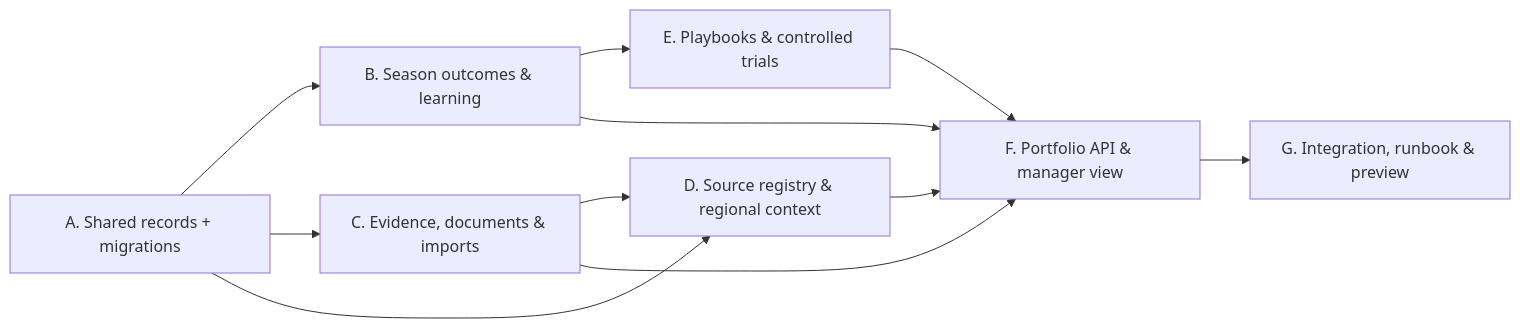
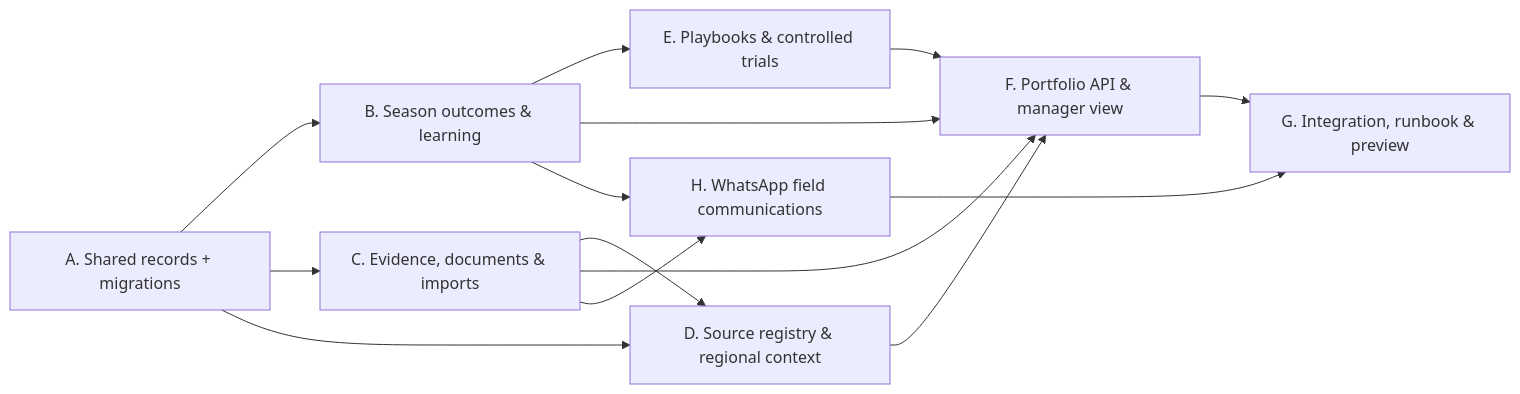
The diagram in FFL-V1-BUILD-ALL.md (abhalothia/field-monitor), drawn with Mermaid before and after one commit. The commit also changed other lines of this file and 56 other files, not shown here.

````diff
--- a/FFL-V1-BUILD-ALL.md
+++ b/FFL-V1-BUILD-ALL.md
@@ -22,13 +22,16 @@
 ```mermaid
 flowchart LR
   A["A. Shared records + migrations"] --> B["B. Season outcomes & learning"]
   A --> C["C. Evidence, documents & imports"]
   A --> D["D. Source registry & regional context"]
   B --> E["E. Playbooks & controlled trials"]
   B --> F["F. Portfolio API & manager view"]
   C --> D
   C --> F
   D --> F
   E --> F
+  B --> H["H. WhatsApp field communications"]
+  C --> H
   F --> G["G. Integration, runbook & preview"]
+  H --> G
 ```
````
